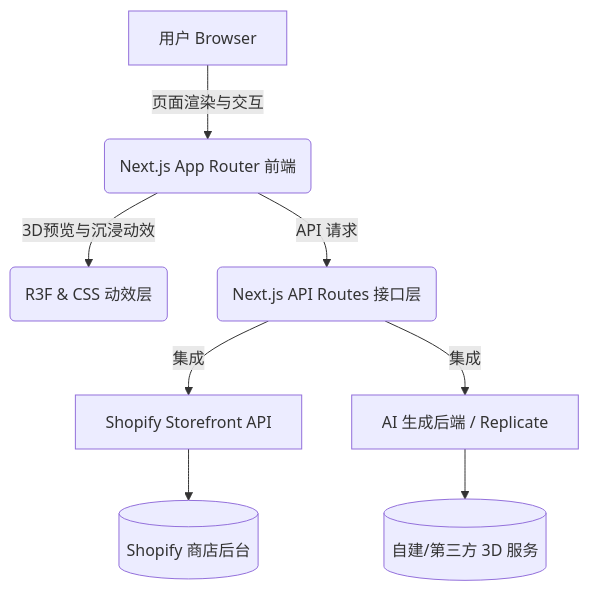
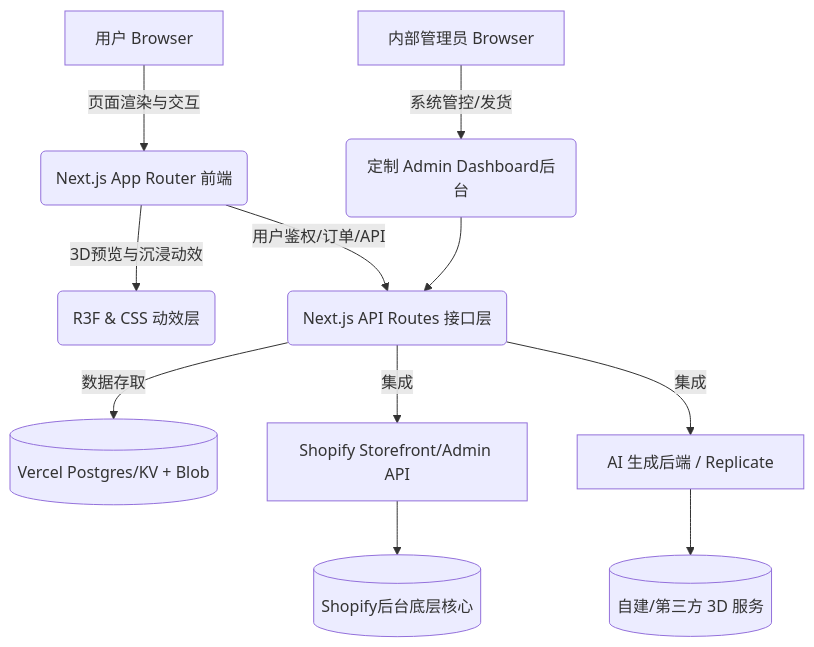
Before and after one commit to Melody-learning/Custom-Figurine: the diagram in openspec/project.md, drawn with Mermaid. The commit also changed other lines of this file and 4 other files, not shown here.

Commit message:
feat: complete shopify admin checkout integration, vercel blob storage, and update architecture specs

````diff
--- a/openspec/project.md
+++ b/openspec/project.md
@@ -10,12 +10,16 @@
 ```mermaid
 graph TD
     A[用户 Browser] -->|页面渲染与交互| B(Next.js App Router 前端)
     B -->|3D预览与沉浸动效| C(R3F & CSS 动效层)
-    B -->|API 请求| D(Next.js API Routes 接口层)
+    B -->|用户鉴权/订单/API| D(Next.js API Routes 接口层)
     
-    D -->|集成| E[Shopify Storefront API]
-    D -->|集成| F[AI 生成后端 / Replicate]
+    D -->|数据存取| E[(Vercel Postgres/KV + Blob)]
+    D -->|集成| F[Shopify Storefront/Admin API]
+    D -->|集成| G[AI 生成后端 / Replicate]
     
-    E --> G[(Shopify 商店后台)]
-    F --> H[(自建/第三方 3D 服务)]
+    H[内部管理员 Browser] -->|系统管控/发货| I(定制 Admin Dashboard后台)
+    I --> D
+    
+    F --> J[(Shopify后台底层核心)]
+    G --> K[(自建/第三方 3D 服务)]
 ```
````
